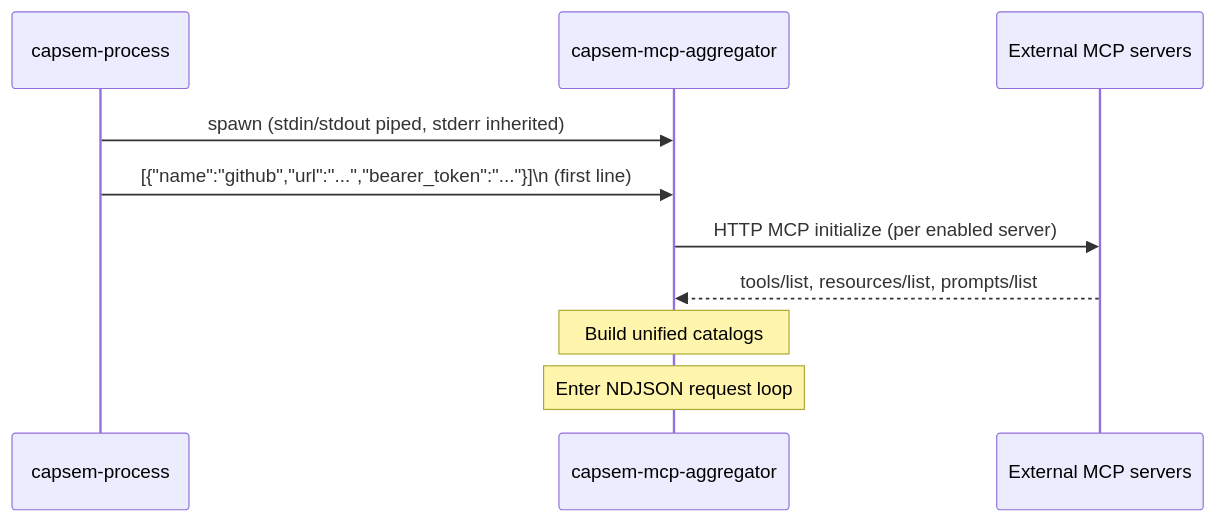
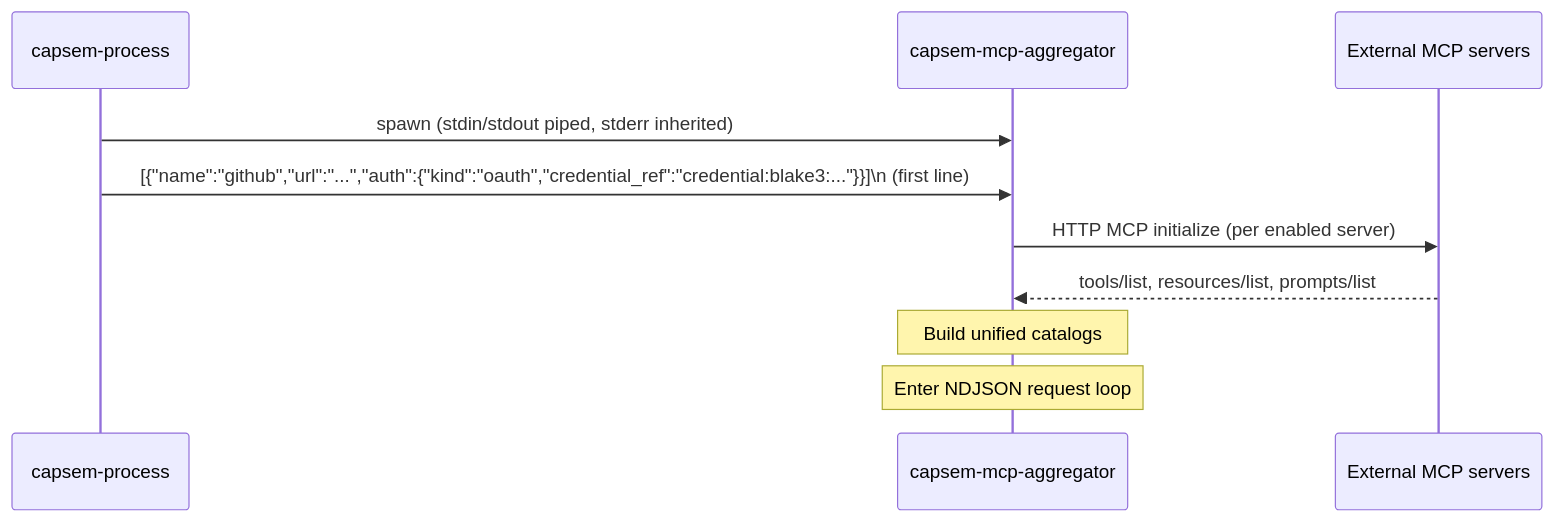
Before and after one commit to google/capsem: the second of 2 diagrams in docs/src/content/docs/architecture/mcp-aggregator.md, drawn with Mermaid. The commit also changed other lines of this file and 22 other files, not shown here.

````diff
--- a/docs/src/content/docs/architecture/mcp-aggregator.md
+++ b/docs/src/content/docs/architecture/mcp-aggregator.md
@@ -84,13 +84,13 @@
 ```mermaid
 sequenceDiagram
     participant Proc as capsem-process
     participant Agg as capsem-mcp-aggregator
     participant Ext as External MCP servers
 
     Proc->>Agg: spawn (stdin/stdout piped, stderr inherited)
-    Proc->>Agg: [{"name":"github","url":"...","bearer_token":"..."}]\n (first line)
+    Proc->>Agg: [{"name":"github","url":"...","auth":{"kind":"oauth","credential_ref":"credential:blake3:..."}}]\n (first line)
     Agg->>Ext: HTTP MCP initialize (per enabled server)
     Ext-->>Agg: tools/list, resources/list, prompts/list
     Note over Agg: Build unified catalogs
     Note over Agg: Enter NDJSON request loop
 ```
````
